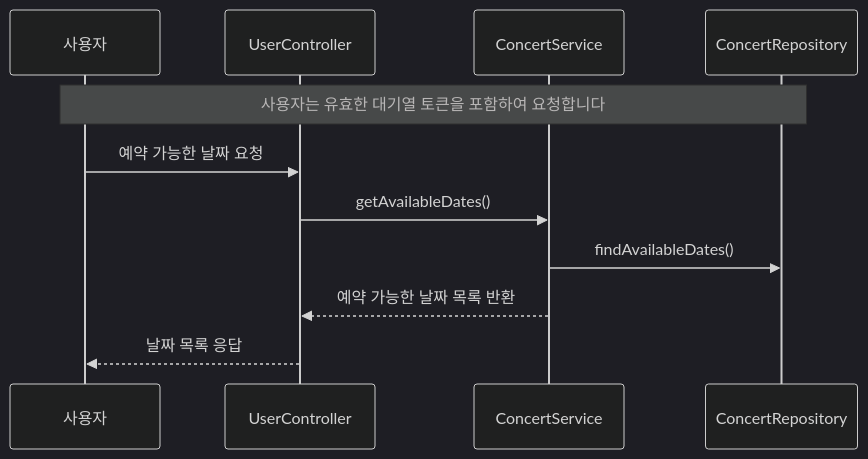
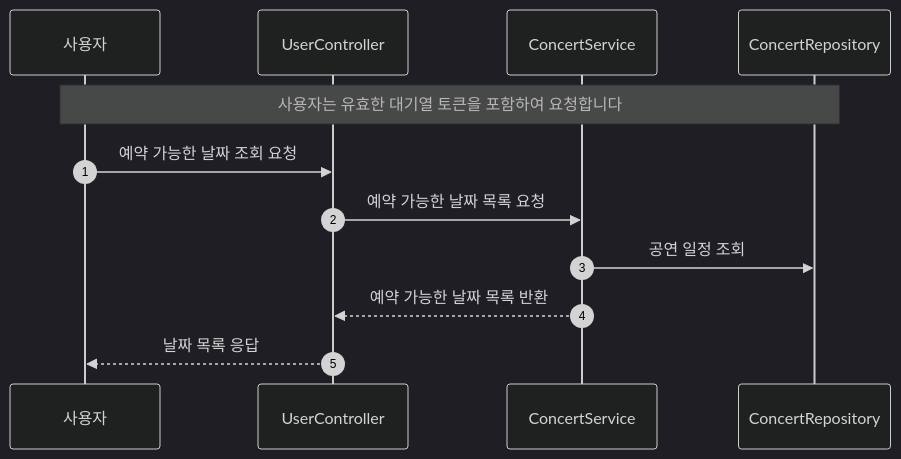
One commit to uuununew/concert-system changed the second of 8 diagrams in docs/SEQUENCE.md. Above: the diagram before and after it, drawn with Mermaid (dark theme). The commit also changed other lines of this file, not shown here.

Commit message:
시퀀스 다이어그램 추가

````diff
--- a/docs/SEQUENCE.md
+++ b/docs/SEQUENCE.md
@@ -51,16 +56,16 @@
 ```mermaid
 sequenceDiagram
+    autonumber
     participant 사용자
     participant UserController
     participant ConcertService
     participant ConcertRepository
 
-    note over 사용자,ConcertRepository: 사용자는 유효한 대기열 토큰을 포함하여 요청합니다
+    note over 사용자, ConcertRepository: 사용자는 유효한 대기열 토큰을 포함하여 요청합니다
 
-    사용자->>UserController: 예약 가능한 날짜 요청
-    UserController->>ConcertService: getAvailableDates()
-
-    ConcertService->>ConcertRepository: findAvailableDates()
-    ConcertService-->>UserController: 예약 가능한 날짜 목록 반환
-    UserController-->>사용자: 날짜 목록 응답
+    사용자 ->> UserController: 예약 가능한 날짜 조회 요청
+    UserController ->> ConcertService: 예약 가능한 날짜 목록 요청
+    ConcertService ->> ConcertRepository: 공연 일정 조회
+    ConcertService -->> UserController: 예약 가능한 날짜 목록 반환
+    UserController -->> 사용자: 날짜 목록 응답
 ```
````
